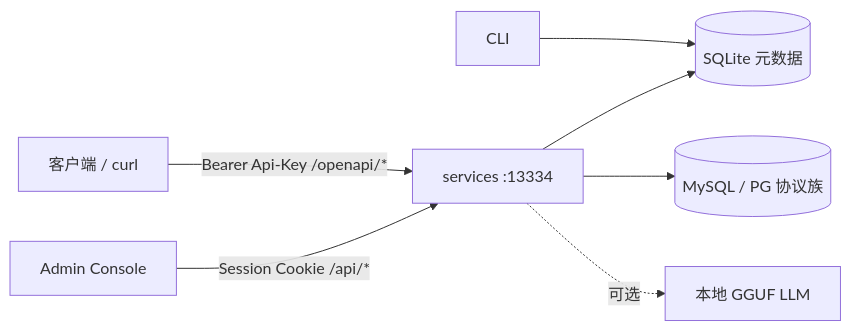
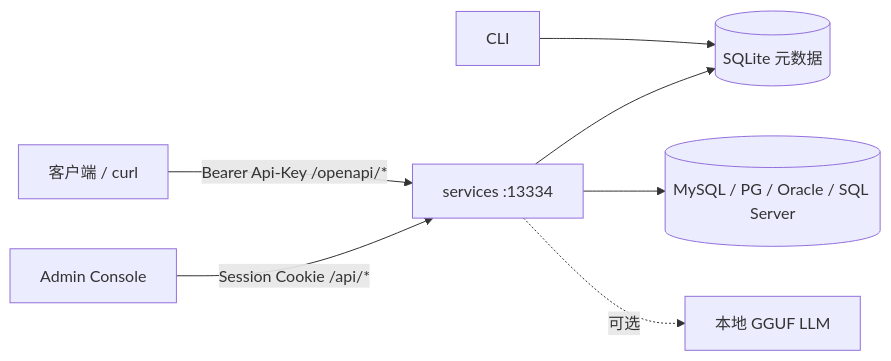
Before and after one commit to AxiosLeo/sql2api: the diagram in README.zh-CN.md, drawn with Mermaid. The commit also changed other lines of this file and 19 other files, not shown here.

First line of the commit message:
feat: Add support for Oracle and SQL Server as datasource types

````diff
--- a/README.zh-CN.md
+++ b/README.zh-CN.md
@@ -35,17 +35,17 @@
 ```mermaid
 flowchart LR
   Client[客户端 / curl]
   Admin[Admin Console]
   CLI[CLI]
   API[services :13334]
   Meta[(SQLite 元数据)]
-  DB[(MySQL / PG 协议族)]
+  DB[(MySQL / PG / Oracle / SQL Server)]
   LLM[本地 GGUF LLM]
 
   Client -->|"Bearer Api-Key /openapi/*"| API
   Admin -->|"Session Cookie /api/*"| API
   CLI --> Meta
   API --> Meta
   API --> DB
   API -.->|可选| LLM
 ```
````
